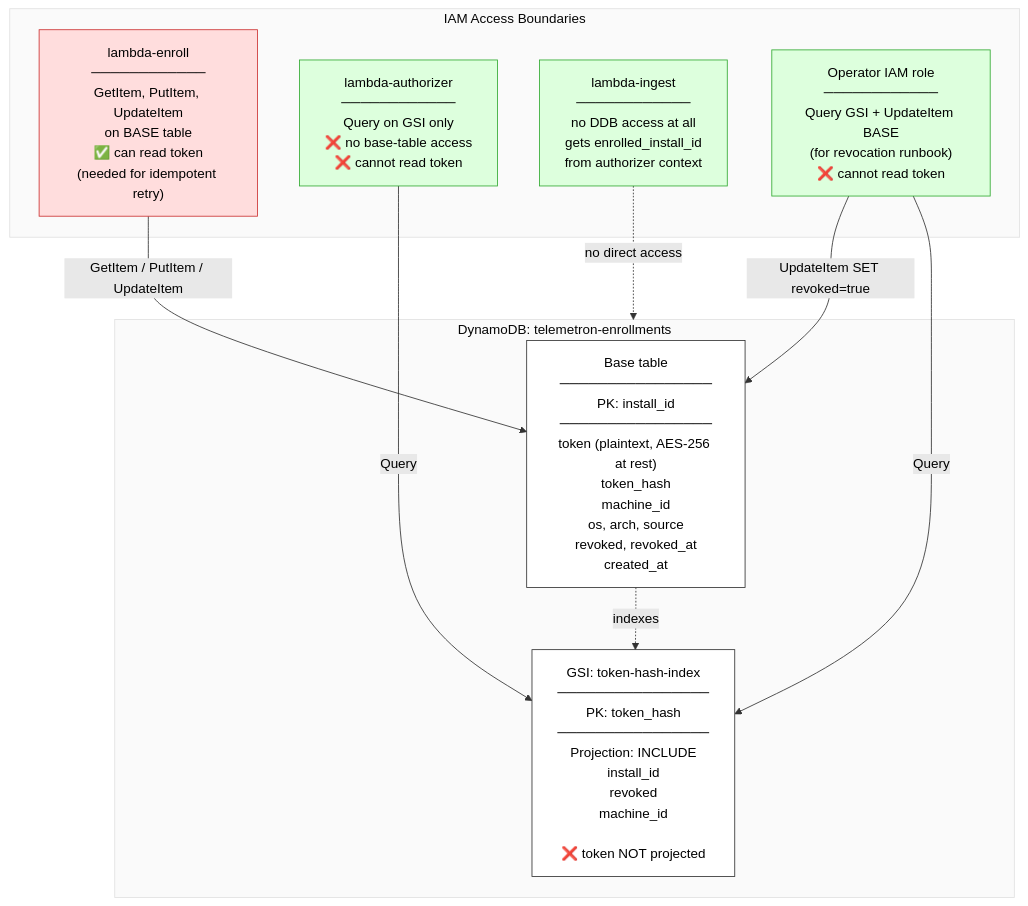
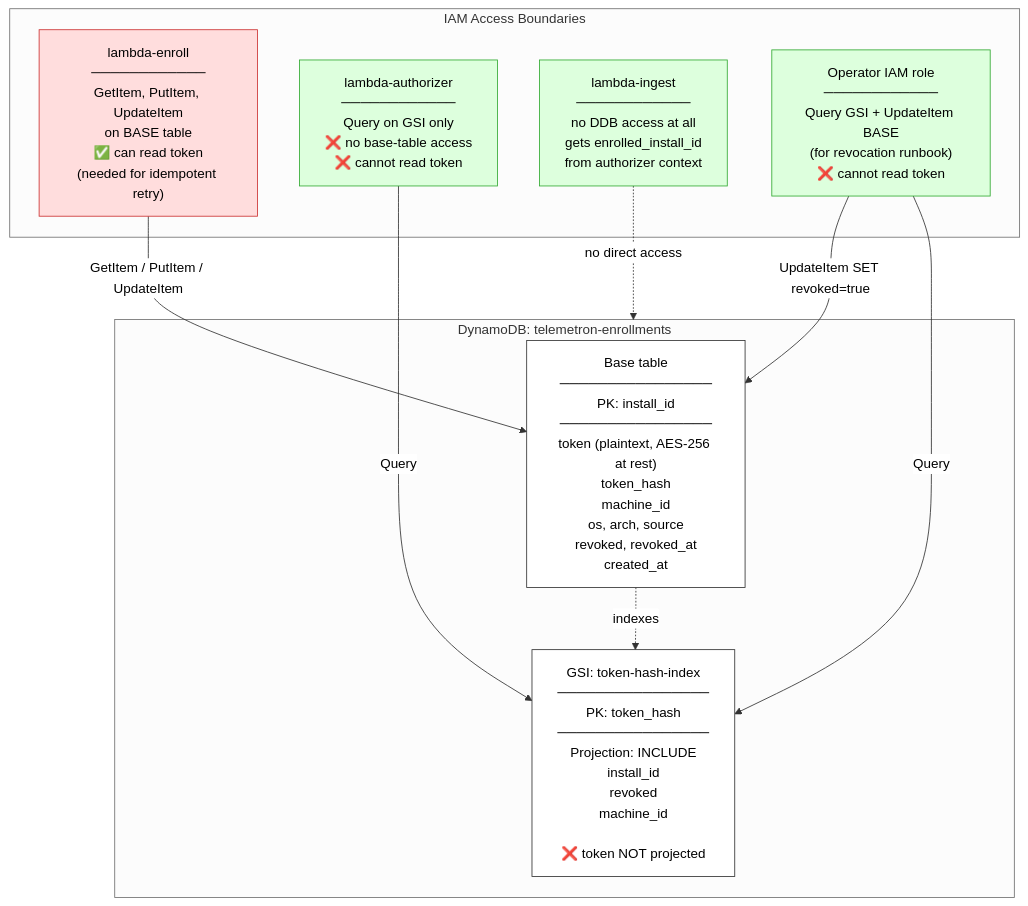
The third of 5 diagrams in docs/telemetron-enrollment-architecture-v0.3.0.md (inceptionstack/telemetron), drawn with Mermaid before and after one commit. The commit also changed other lines of this file, not shown here.

First line of the commit message:
docs(v0.3.0): force light background + explicit dark text everywhere

````diff
--- a/docs/telemetron-enrollment-architecture-v0.3.0.md
+++ b/docs/telemetron-enrollment-architecture-v0.3.0.md
@@ -103,29 +103,29 @@
 ```mermaid
-%%{init: {'theme':'base','themeVariables':{'primaryColor':'#f5f5f5','primaryTextColor':'#000','primaryBorderColor':'#333','lineColor':'#333','secondaryColor':'#e8e8e8','tertiaryColor':'#fafafa','noteTextColor':'#000','noteBkgColor':'#fffde7','noteBorderColor':'#333','actorTextColor':'#000','actorBkg':'#e3f2fd','actorBorder':'#333','signalColor':'#000','signalTextColor':'#000','labelTextColor':'#000','loopTextColor':'#000'}}}%%
+%%{init: {'theme':'neutral','themeVariables':{'background':'#ffffff','primaryColor':'#f5f5f5','primaryTextColor':'#000000','primaryBorderColor':'#333333','lineColor':'#333333','secondaryColor':'#e8e8e8','tertiaryColor':'#fafafa','noteTextColor':'#000000','noteBkgColor':'#fff9c4','noteBorderColor':'#555555','actorTextColor':'#000000','actorBkg':'#e3f2fd','actorBorder':'#333333','actorLineColor':'#333333','signalColor':'#000000','signalTextColor':'#000000','labelTextColor':'#000000','labelBoxBkgColor':'#fff9c4','labelBoxBorderColor':'#555555','loopTextColor':'#000000','activationBorderColor':'#333333','activationBkgColor':'#eeeeee','sequenceNumberColor':'#ffffff'}}}%%
 graph TB
     classDef default fill:#fff,stroke:#333,color:#000,stroke-width:1px
     subgraph DDB["DynamoDB: telemetron-enrollments"]
         BASE["Base table<br/>────────────────<br/>PK: install_id<br/>────────────────<br/>token (plaintext, AES-256 at rest)<br/>token_hash<br/>machine_id<br/>os, arch, source<br/>revoked, revoked_at<br/>created_at"]
         GSI["GSI: token-hash-index<br/>────────────────<br/>PK: token_hash<br/>────────────────<br/>Projection: INCLUDE<br/>install_id<br/>revoked<br/>machine_id<br/><br/>❌ token NOT projected"]
         BASE -.indexes.-> GSI
     end
 
     subgraph IAM["IAM Access Boundaries"]
         ENROLL["lambda-enroll<br/>────────────<br/>GetItem, PutItem, UpdateItem<br/>on BASE table<br/>✅ can read token<br/>(needed for idempotent retry)"]
         AUTHZ["lambda-authorizer<br/>────────────<br/>Query on GSI only<br/>❌ no base-table access<br/>❌ cannot read token"]
         INGEST["lambda-ingest<br/>────────────<br/>no DDB access at all<br/>gets enrolled_install_id<br/>from authorizer context"]
         OPERATOR["Operator IAM role<br/>────────────<br/>Query GSI + UpdateItem BASE<br/>(for revocation runbook)<br/>❌ cannot read token"]
     end
 
     ENROLL -->|GetItem / PutItem / UpdateItem| BASE
     AUTHZ -->|Query| GSI
     OPERATOR -->|Query| GSI
     OPERATOR -->|UpdateItem SET revoked=true| BASE
     INGEST -.->|no direct access| DDB
 
     classDef danger fill:#fdd,stroke:#c33,color:#000
     classDef safe fill:#dfd,stroke:#3a3,color:#000
     classDef neutral fill:#ddf,stroke:#33c,color:#000
     class ENROLL danger
     class AUTHZ,INGEST,OPERATOR safe
 ```
````
